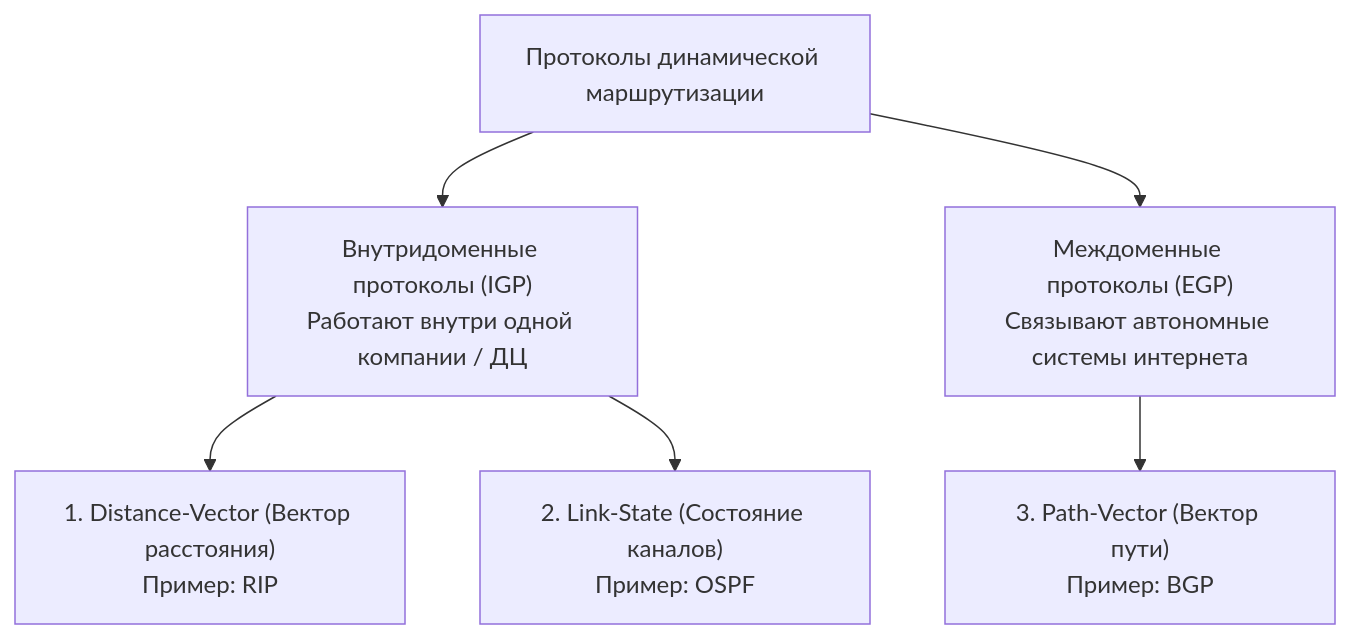
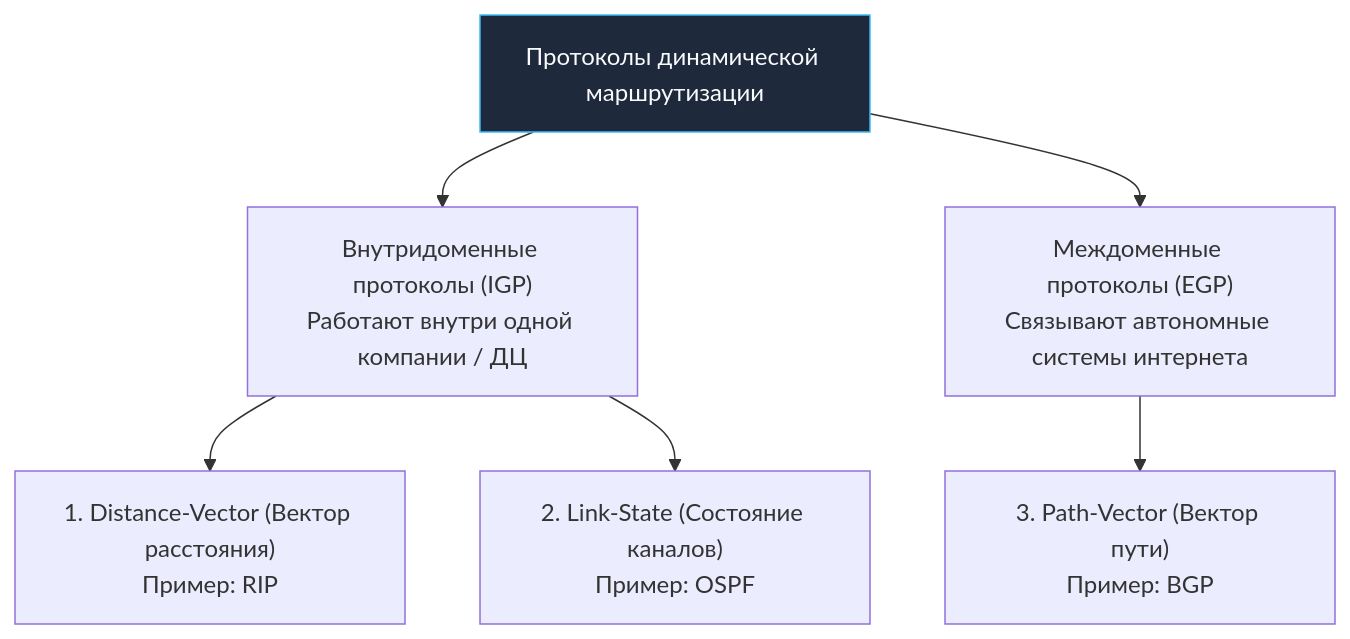
Before and after one commit to UnrealTemplier/go-textbook: the third of 7 diagrams in sources/3. Компьютерные сети и сетевой стек/7. Статическая и динамическая маршрутизация. RIP, OSPF, BGP.md, drawn with Mermaid. The commit also changed other lines of this file and 1666 other files, not shown here.

First line of the commit message:
feat(mermaid): add semantic color classDef to 1369 colorless flowchart/graph diagrams

````diff
--- a/sources/3. Компьютерные сети и сетевой стек/7. Статическая и динамическая маршрутизация. RIP, OSPF, BGP.md
+++ b/sources/3. Компьютерные сети и сетевой стек/7. Статическая и динамическая маршрутизация. RIP, OSPF, BGP.md
@@ -89,15 +109,25 @@
 ```mermaid
 flowchart TD
-    RoutingProtocols["Протоколы динамической маршрутизации"]
+    classDef process  fill:#1e293b,stroke:#38bdf8,stroke-width:1px,color:#f8fafc
+    classDef success  fill:#064e3b,stroke:#34d399,stroke-width:1px,color:#f8fafc
+    classDef error    fill:#7f1d1d,stroke:#f87171,stroke-width:1px,color:#f8fafc
+    classDef warning  fill:#78350f,stroke:#fbbf24,stroke-width:1px,color:#f8fafc
+    classDef entry    fill:#1e3a5f,stroke:#38bdf8,stroke-width:2px,color:#f8fafc
+    classDef aux      fill:#334155,stroke:#64748b,stroke-width:1px,color:#f8fafc
+    classDef system   fill:#312e81,stroke:#a78bfa,stroke-width:1px,color:#f8fafc
+    classDef data     fill:#132d29,stroke:#2dd4bf,stroke-width:1px,color:#f8fafc
+    classDef network  fill:#881337,stroke:#fb7185,stroke-width:1px,color:#f8fafc
+    classDef accent   fill:#1e1b4b,stroke:#818cf8,stroke-width:1px,color:#f8fafc
+    RoutingProtocols["Протоколы динамической маршрутизации"]:::process
     
     IGP["Внутридоменные протоколы (IGP)<br/>Работают внутри одной компании / ДЦ"]
     EGP["Междоменные протоколы (EGP)<br/>Связывают автономные системы интернета"]
     
     RoutingProtocols --> IGP
     RoutingProtocols --> EGP
     
     IGP --> DV["1. Distance-Vector (Вектор расстояния)<br/>Пример: RIP"]
     IGP --> LS["2. Link-State (Состояние каналов)<br/>Пример: OSPF"]
     
     EGP --> PV["3. Path-Vector (Вектор пути)<br/>Пример: BGP"]
 ```
````
